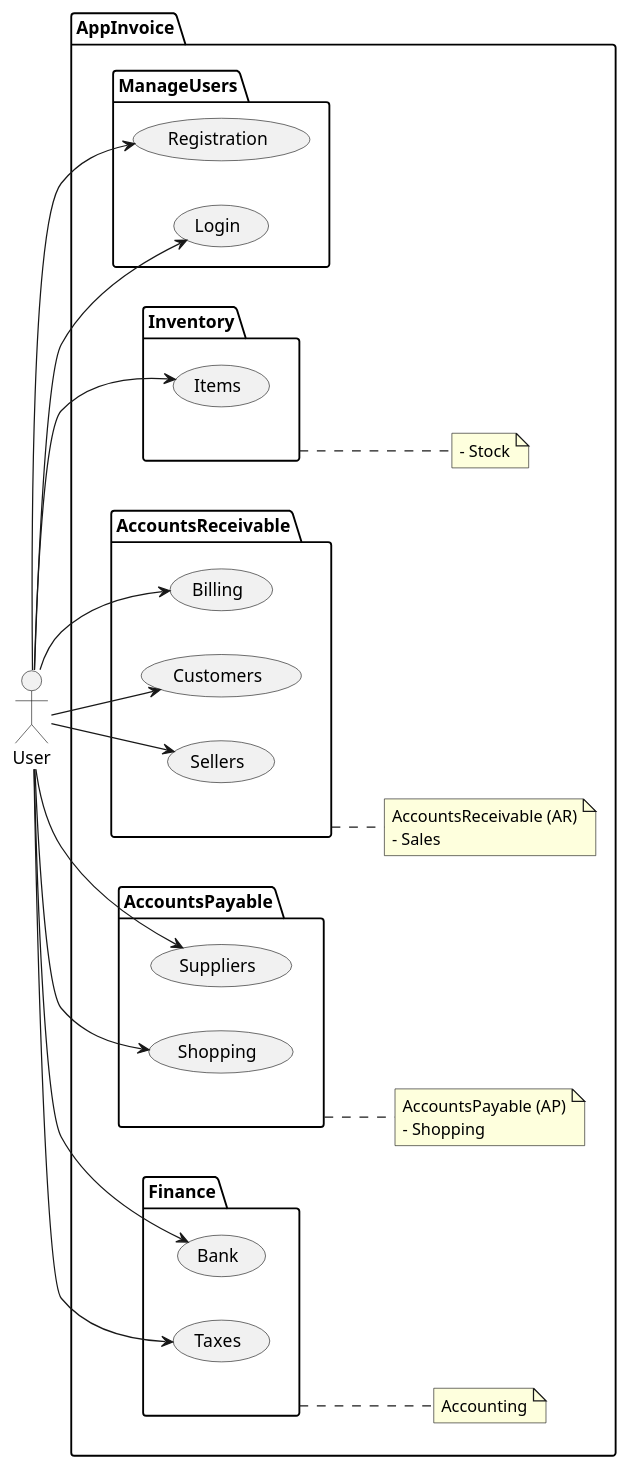
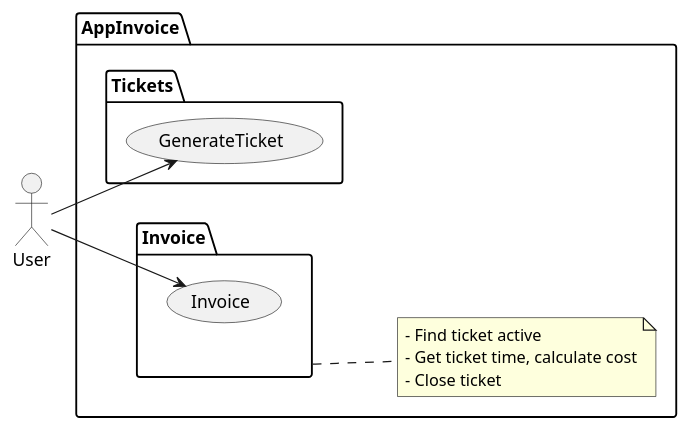
Before and after one commit to cgedler/AppParkingSys-Back: the diagram in uml/UseCase.puml, drawn with PlantUML. The commit also changed 246 other files, not shown here.

```diff
--- a/uml/UseCase.puml
+++ b/uml/UseCase.puml
@@ -1,61 +1,23 @@
 @startuml
 actor User as user
 left to right direction
 
 package AppInvoice {
 
-package ManageUsers {
-(Registration) as register
-(Login) as login
-user --> register
-user --> login
+package Tickets {
+(GenerateTicket) as genticket
+user --> genticket
 }
 
-package Inventory {
-(Items) as items
-user --> items
+package Invoice {
+(Invoice) as invoice
+user --> invoice
 }
 
-note right of (Inventory)
-- Stock
+note right of (Invoice)
+- Find ticket active
+- Get ticket time, calculate cost
+- Close ticket
 end note
 
-package AccountsReceivable {
-(Billing) as billing
-(Customers) as customer
-(Sellers) as seller
-user --> billing
-user --> customer
-user --> seller
-}
-
-note right of (AccountsReceivable)
-AccountsReceivable (AR)
-- Sales
-end note
-
-package AccountsPayable { 
-(Suppliers) as supliers
-(Shopping) as shopping
-user --> supliers
-user --> shopping
-}
-
-note right of (AccountsPayable)
-AccountsPayable (AP)
-- Shopping
-end note
-
-package Finance { 
-(Bank) as bank
-(Taxes) as taxes
-user --> bank
-user --> taxes
-}
-
-note right of (Finance)
-Accounting
-end note
-
-}
 @enduml
```
